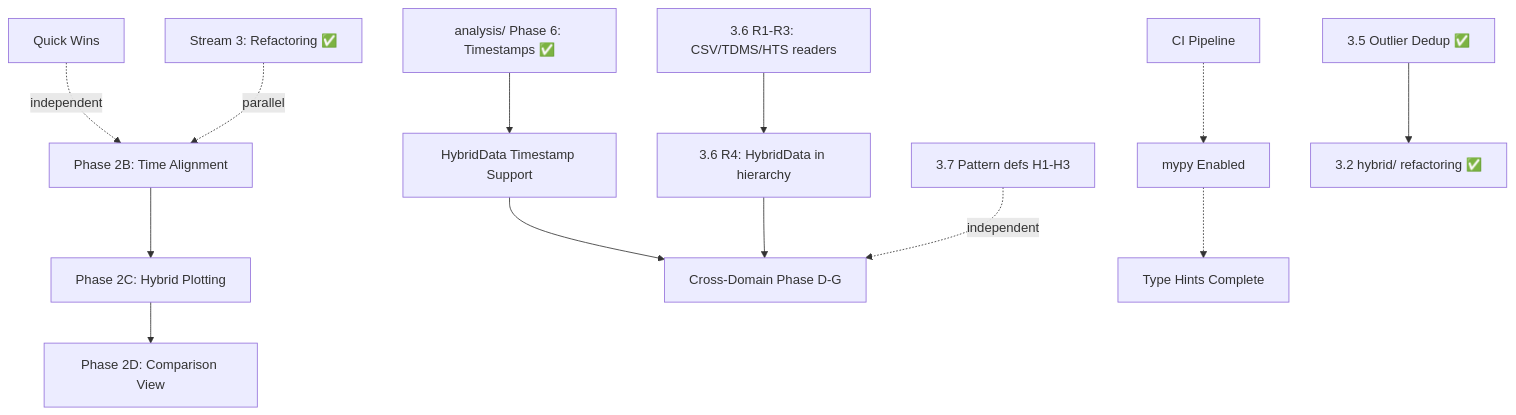
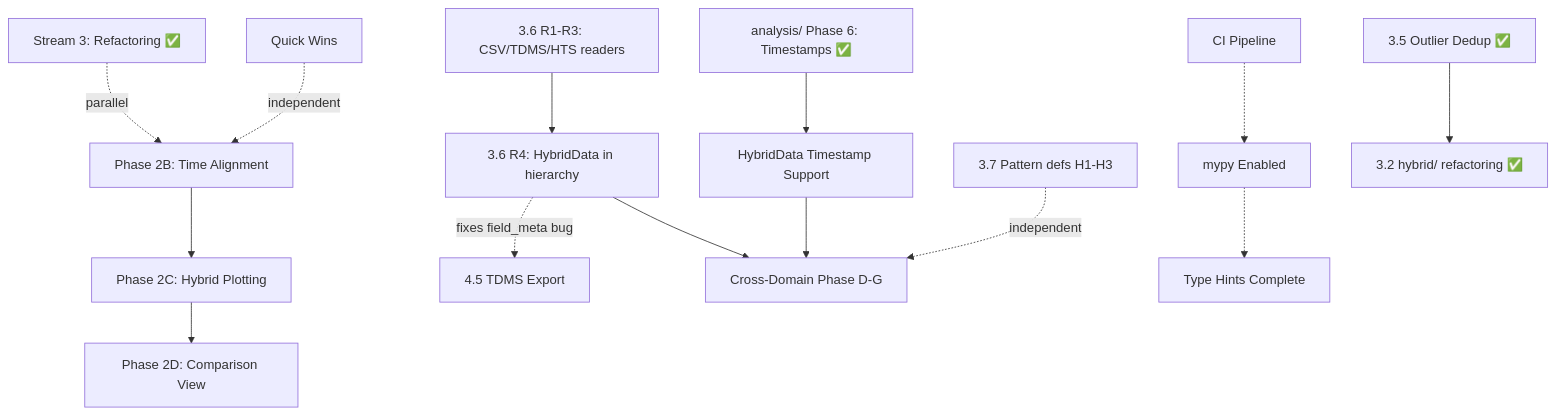
One commit to MagnetDB/python_magnetrun changed the diagram in prompts/ROADMAP.md. Above: the diagram before and after it, drawn with Mermaid. The commit also changed other lines of this file and 2 other files, not shown here.

````diff
--- a/prompts/ROADMAP.md
+++ b/prompts/ROADMAP.md
@@ -278,20 +314,21 @@
 ```mermaid
 graph TD
     A[Phase 2B: Time Alignment] --> B[Phase 2C: Hybrid Plotting]
     B --> C[Phase 2D: Comparison View]
 
     D[analysis/ Phase 6: Timestamps ✅] --> E[HybridData Timestamp Support]
     E --> F[Cross-Domain Phase D-G]
 
     R1[3.6 R1-R3: CSV/TDMS/HTS readers] --> R4[3.6 R4: HybridData in hierarchy]
     R4 --> F
+    R4 -.fixes field_meta bug.-> T[4.5 TDMS Export]
 
     H1[3.7 Pattern defs H1-H3] -.independent.-> F
 
     G[CI Pipeline] -.-> HH[mypy Enabled]
     HH -.-> I[Type Hints Complete]
 
     J[Quick Wins] -.independent.-> A
     K[Stream 3: Refactoring ✅] -.parallel.-> A
     L[3.5 Outlier Dedup ✅] --> M[3.2 hybrid/ refactoring ✅]
 ```
````
